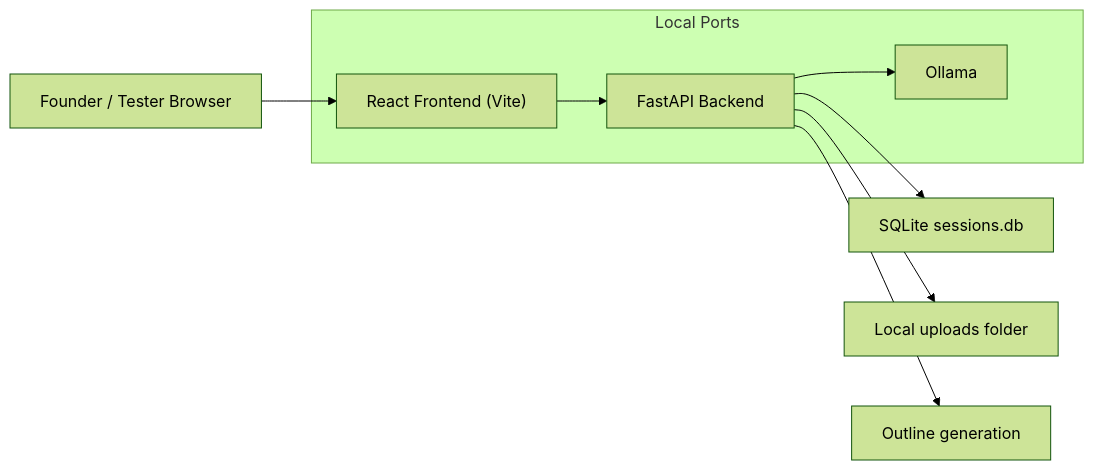
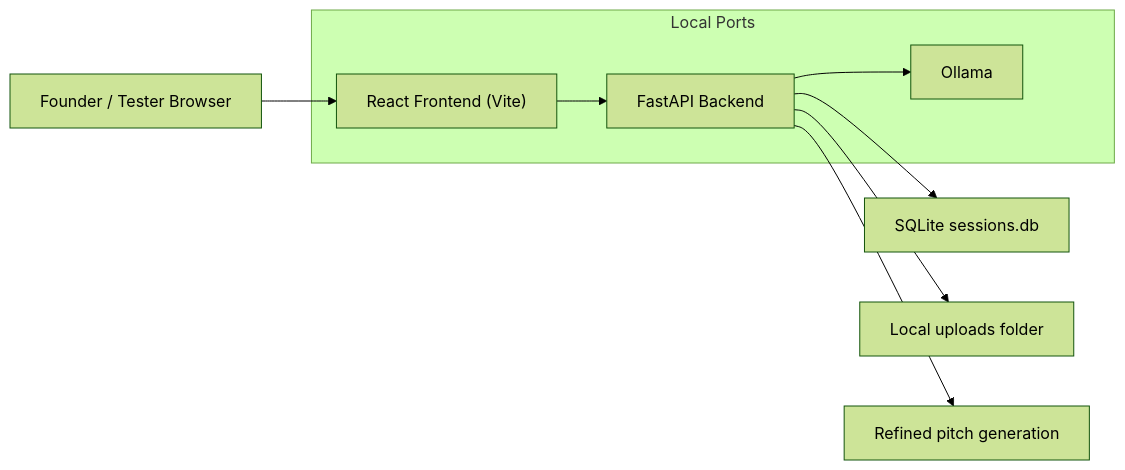
The first of 6 diagrams in docs/ARCHITECTURE.md (saimihirj/Sift), drawn with Mermaid (forest theme) before and after one commit. The commit also changed other lines of this file and 2 other files, not shown here.

Commit message:
Refresh public docs for Signal flows

````diff
--- a/docs/ARCHITECTURE.md
+++ b/docs/ARCHITECTURE.md
@@ -33,15 +33,15 @@
 ```mermaid
 flowchart LR
     U["Founder / Tester Browser"] --> F["React Frontend (Vite)"]
     F --> A["FastAPI Backend"]
     A --> M["Ollama"]
     A --> S["SQLite sessions.db"]
     A --> UPL["Local uploads folder"]
-    A --> O["Outline generation"]
+    A --> O["Refined pitch generation"]
 
     subgraph Local Ports
       F
       A
       M
     end
 ```
````
